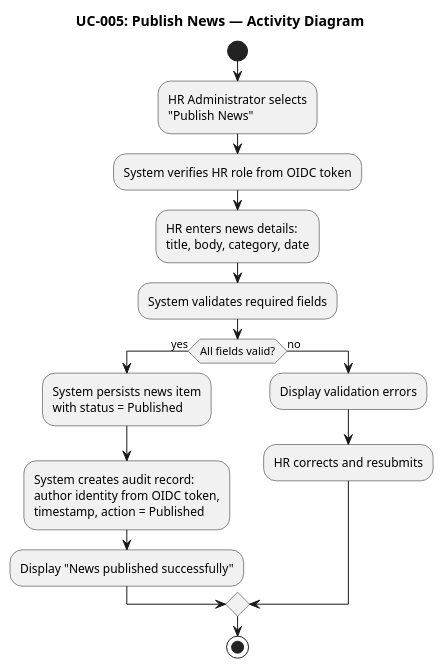
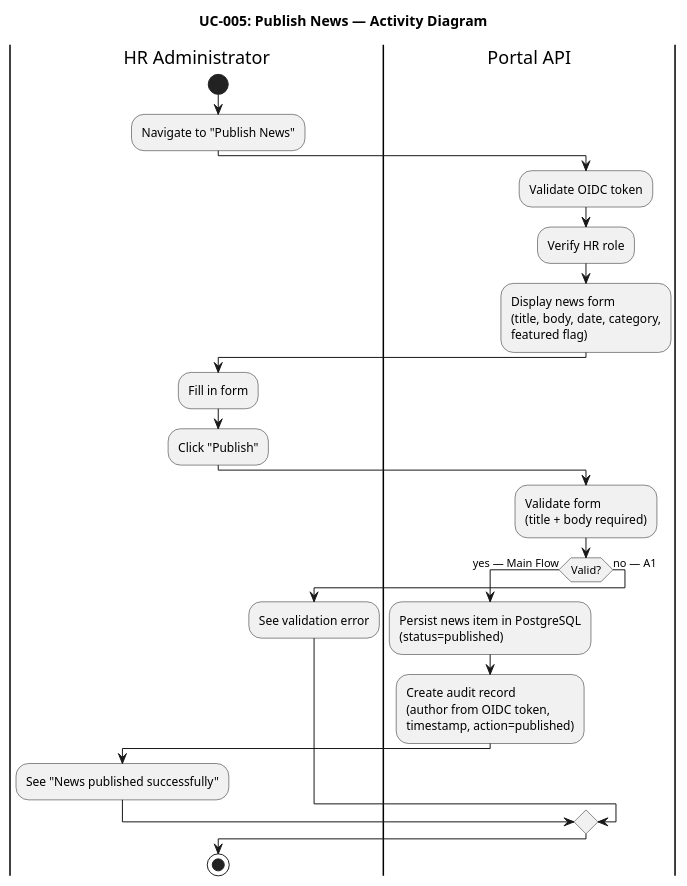
Before and after one commit to banense-test/portal-cuba-corp: the seventh of 13 diagrams in docs/artifacts/requirements/use-case-model.md, drawn with PlantUML. The commit also changed other lines of this file, not shown here.

````diff
--- a/docs/artifacts/requirements/use-case-model.md
+++ b/docs/artifacts/requirements/use-case-model.md
@@ -365,25 +420,28 @@
 ```plantuml
 @startuml
 title UC-005: Publish News — Activity Diagram
 
+|HR Administrator|
 start
-:HR Administrator selects
-"Publish News";
-:System verifies HR role from OIDC token;
-:HR enters news details:
-title, body, category, date;
-:System validates required fields;
-if (All fields valid?) then (yes)
-  :System persists news item
-  with status = Published;
-  :System creates audit record:
-  author identity from OIDC token,
-  timestamp, action = Published;
-  :Display "News published successfully";
-else (no)
-  :Display validation errors;
-  :HR corrects and resubmits;
+:Navigate to "Publish News";
+|Portal API|
+:Validate OIDC token;
+:Verify HR role;
+:Display news form\n(title, body, date, category,\nfeatured flag);
+|HR Administrator|
+:Fill in form;
+:Click "Publish";
+|Portal API|
+:Validate form\n(title + body required);
+if (Valid?) then (yes — Main Flow)
+  :Persist news item in PostgreSQL\n(status=published);
+  :Create audit record\n(author from OIDC token,\ntimestamp, action=published);
+  |HR Administrator|
+  :See "News published successfully";
+else (no — A1)
+  |HR Administrator|
+  :See validation error;
 endif
 stop
 @enduml
 ```
````
